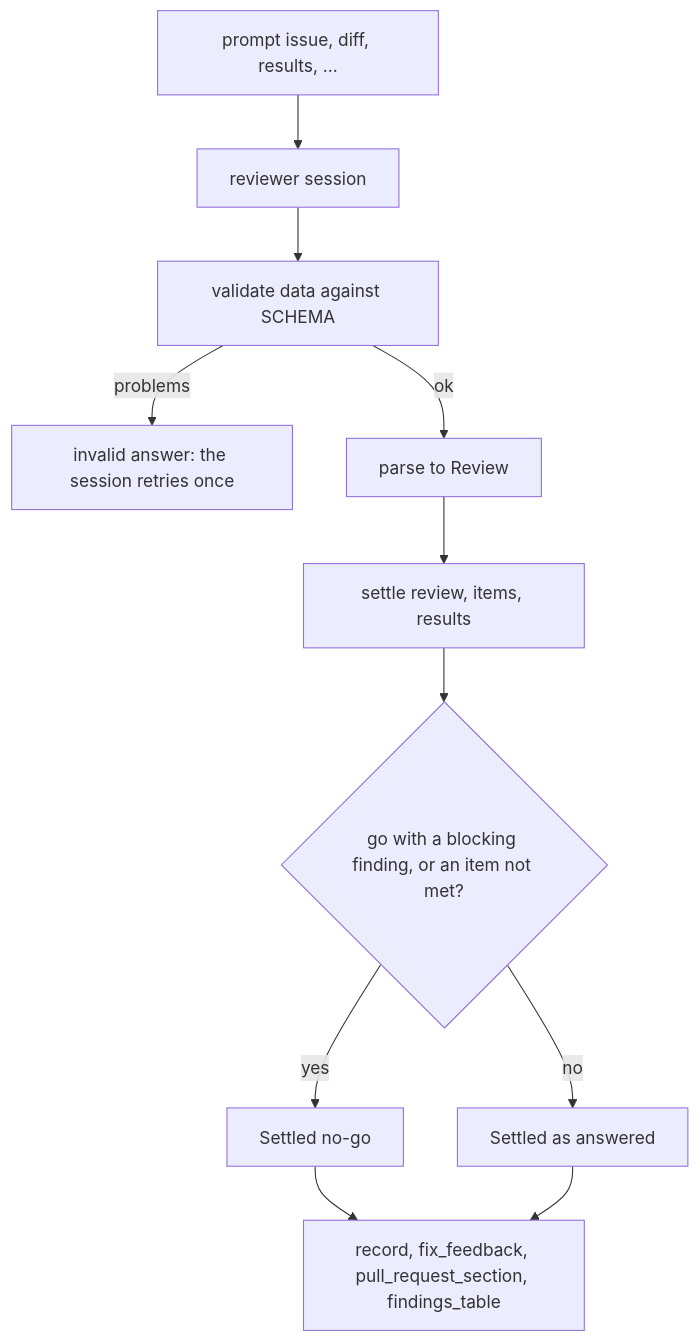
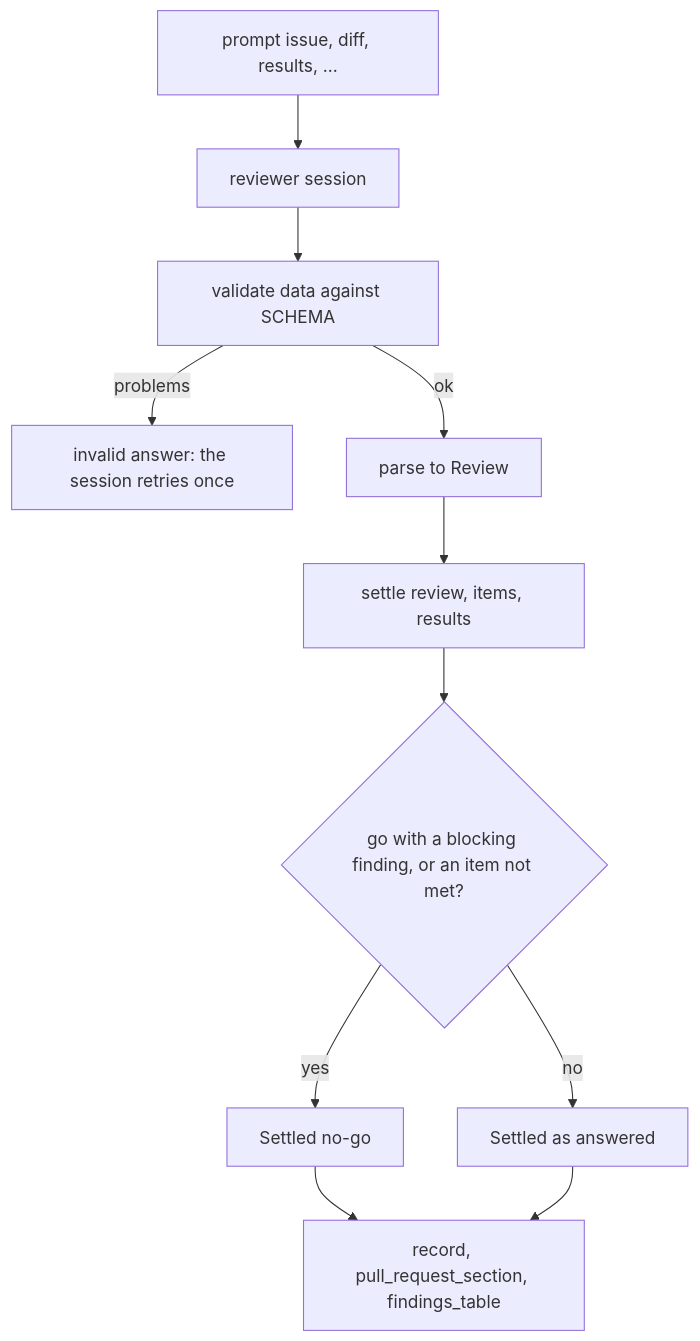
Before and after one commit to plaplanche/ariane: the first of 3 diagrams in docs/architecture/modules/review.md, drawn with Mermaid. The commit also changed other lines of this file and 30 other files, not shown here.

````diff
--- a/docs/architecture/modules/review.md
+++ b/docs/architecture/modules/review.md
@@ -57,13 +57,13 @@
 ```mermaid
 flowchart TD
   A[prompt issue, diff, results, ...] --> B[reviewer session]
   B --> C[validate data against SCHEMA]
   C -- problems --> X[invalid answer: the session retries once]
   C -- ok --> D[parse to Review]
   D --> E[settle review, items, results]
   E --> F{go with a blocking finding, or an item not met?}
   F -- yes --> G[Settled no-go]
   F -- no --> H[Settled as answered]
-  G --> I[record, fix_feedback, pull_request_section, findings_table]
+  G --> I[record, pull_request_section, findings_table]
   H --> I
 ```
````
